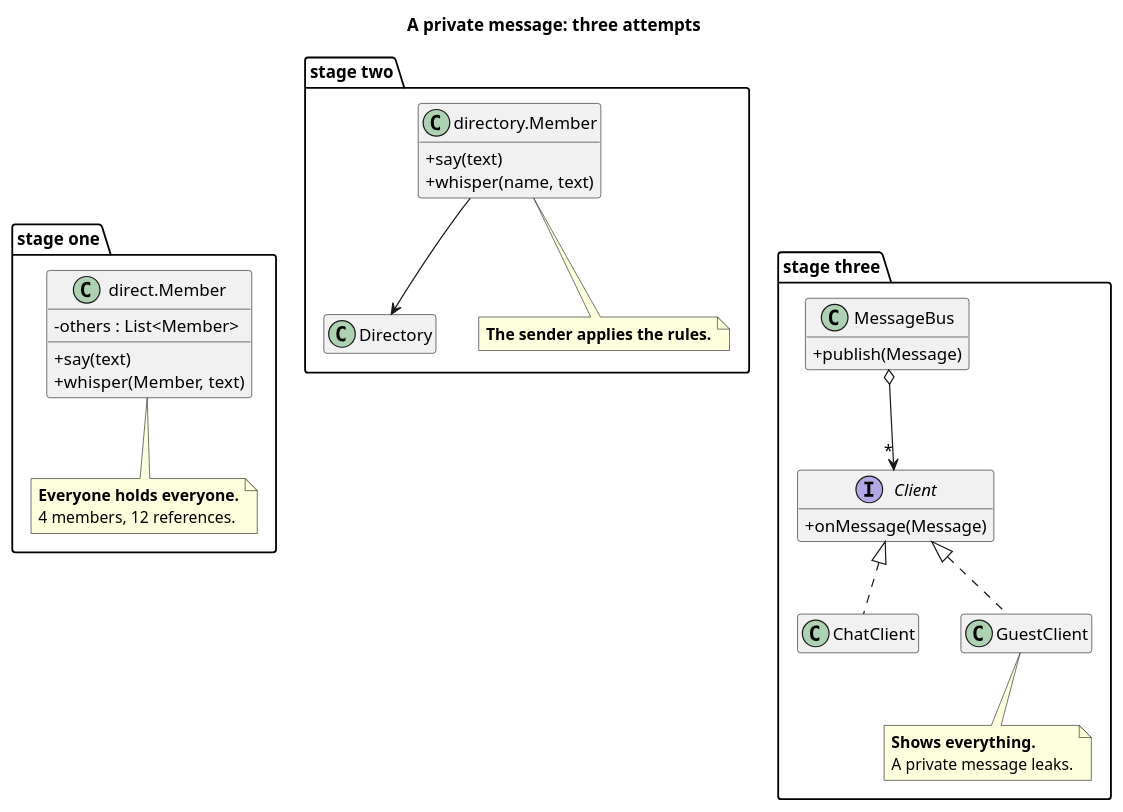
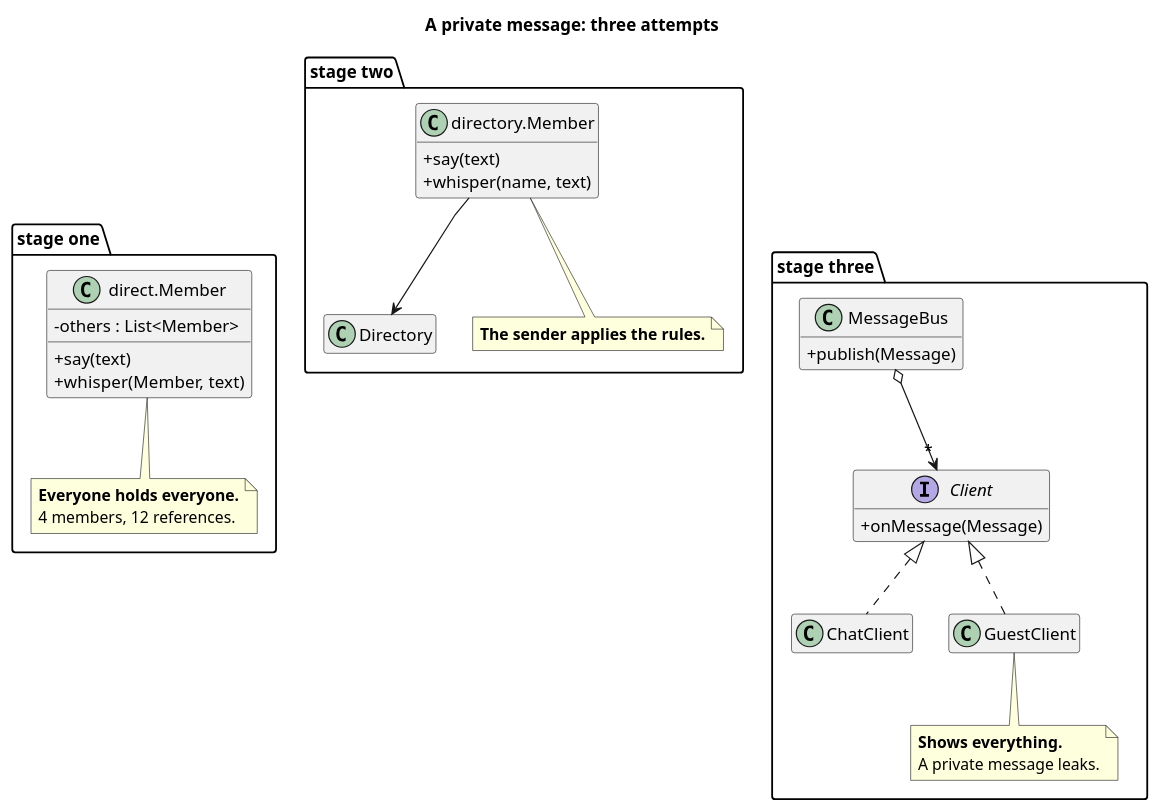
The diagram in src/main/java/dev/kaldiroglu/dp/behavioral/mediator/chat/uml/Mediator - Chat (Problem) - Class Diagram.puml (kaldiroglu/DesignPatternsWithJava), drawn with PlantUML before and after one commit. The commit also changed 58 other files, not shown here.

Commit message:
Behavioral diagrams: each parent above and centered over its children, on one row, with straight lines; traffic CD.png shows the current design

```diff
--- a/src/main/java/dev/kaldiroglu/dp/behavioral/mediator/chat/uml/Mediator - Chat (Problem) - Class Diagram.puml
+++ b/src/main/java/dev/kaldiroglu/dp/behavioral/mediator/chat/uml/Mediator - Chat (Problem) - Class Diagram.puml
@@ -1,46 +1,57 @@
 @startuml "Mediator - Chat (Problem) - Class Diagram"
+skinparam linetype polyline
+skinparam nodesep 30
+skinparam class {
+  BackgroundColor<<spacer>> transparent
+  BorderColor<<spacer>> transparent
+  FontColor<<spacer>> transparent
+}
+hide <<spacer>> stereotype
+hide <<spacer>> circle
 skinparam classAttributeIconSize 0
 hide empty members
 title A private message: three attempts
 package "stage one" {
   class "direct.Member" as M1 {
     - others : List<Member>
     + say(text)
     + whisper(Member, text)
   }
   note bottom of M1
     <b>Everyone holds everyone.</b>
     4 members, 12 references.
   end note
 }
 package "stage two" {
   class Directory
   class "directory.Member" as M2 {
     + say(text)
     + whisper(name, text)
   }
-  M2 --> Directory
   note bottom of M2
     <b>The sender applies the rules.</b>
   end note
 }
 package "stage three" {
   class MessageBus {
     + publish(Message)
   }
   interface Client {
     + onMessage(Message)
   }
   class ChatClient
   class GuestClient
-  MessageBus o--> "*" Client
   Client <|.. ChatClient
+class " " as Spacer1 <<spacer>>
+Client -[hidden]- Spacer1
   Client <|.. GuestClient
   note bottom of GuestClient
     <b>Shows everything.</b>
     A private message leaks.
   end note
 }
 M1 -[hidden]right- Directory
 Directory -[hidden]right- MessageBus
+  M2 --> Directory
+  MessageBus o--> "*" Client
 @enduml
```
